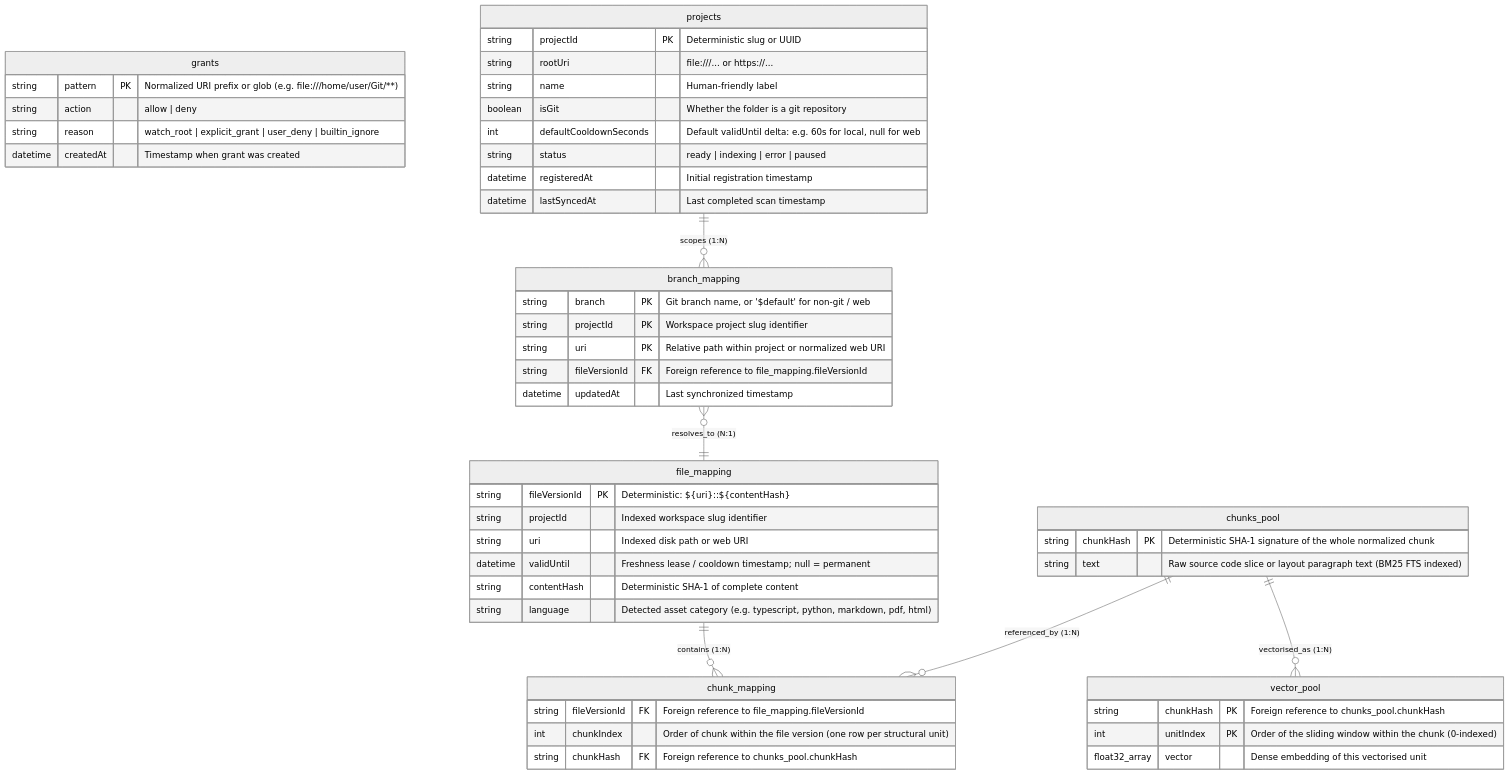
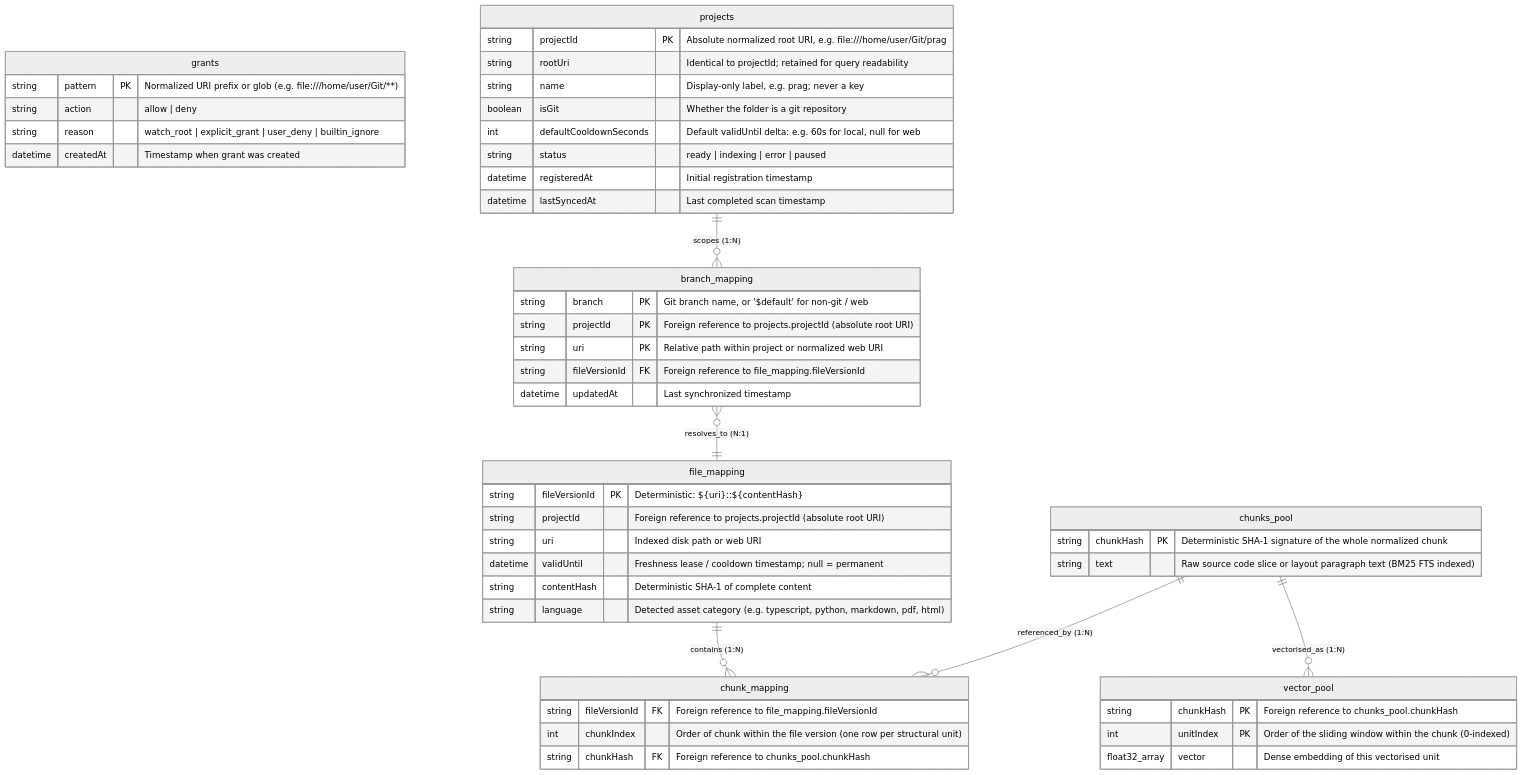
Before and after one commit to ai4ci/prag: the diagram in design/resources/storage-schema.mmd, drawn with Mermaid (neutral theme). The commit also changed 14 other files, not shown here.

```diff
--- a/design/resources/storage-schema.mmd
+++ b/design/resources/storage-schema.mmd
@@ -1,59 +1,59 @@
 erDiagram
     grants
     projects ||--o{ branch_mapping : "scopes (1:N)"
     branch_mapping }o--|| file_mapping : "resolves_to (N:1)"
     file_mapping ||--o{ chunk_mapping : "contains (1:N)"
     chunks_pool ||--o{ chunk_mapping : "referenced_by (1:N)"
     chunks_pool ||--o{ vector_pool : "vectorised_as (1:N)"
 
     grants {
         string pattern PK "Normalized URI prefix or glob (e.g. file:///home/user/Git/**)"
         string action "allow | deny"
         string reason "watch_root | explicit_grant | user_deny | builtin_ignore"
         datetime createdAt "Timestamp when grant was created"
     }
 
     projects {
-        string projectId PK "Deterministic slug or UUID"
-        string rootUri "file:///... or https://..."
-        string name "Human-friendly label"
+        string projectId PK "Absolute normalized root URI, e.g. file:///home/user/Git/prag"
+        string rootUri "Identical to projectId; retained for query readability"
+        string name "Display-only label, e.g. prag; never a key"
         boolean isGit "Whether the folder is a git repository"
         int defaultCooldownSeconds "Default validUntil delta: e.g. 60s for local, null for web"
         string status "ready | indexing | error | paused"
         datetime registeredAt "Initial registration timestamp"
         datetime lastSyncedAt "Last completed scan timestamp"
     }
 
     branch_mapping {
         string branch PK "Git branch name, or '$default' for non-git / web"
-        string projectId PK "Workspace project slug identifier"
+        string projectId PK "Foreign reference to projects.projectId (absolute root URI)"
         string uri PK "Relative path within project or normalized web URI"
         string fileVersionId FK "Foreign reference to file_mapping.fileVersionId"
         datetime updatedAt "Last synchronized timestamp"
     }
 
     file_mapping {
         string fileVersionId PK "Deterministic: ${uri}::${contentHash}"
-        string projectId "Indexed workspace slug identifier"
+        string projectId "Foreign reference to projects.projectId (absolute root URI)"
         string uri "Indexed disk path or web URI"
         datetime validUntil "Freshness lease / cooldown timestamp; null = permanent"
         string contentHash "Deterministic SHA-1 of complete content"
         string language "Detected asset category (e.g. typescript, python, markdown, pdf, html)"
     }
 
     chunk_mapping {
         string fileVersionId FK "Foreign reference to file_mapping.fileVersionId"
         int chunkIndex "Order of chunk within the file version (one row per structural unit)"
         string chunkHash FK "Foreign reference to chunks_pool.chunkHash"
     }
 
     chunks_pool {
         string chunkHash PK "Deterministic SHA-1 signature of the whole normalized chunk"
         string text "Raw source code slice or layout paragraph text (BM25 FTS indexed)"
     }
 
     vector_pool {
         string chunkHash PK "Foreign reference to chunks_pool.chunkHash"
         int unitIndex PK "Order of the sliding window within the chunk (0-indexed)"
         float32_array vector "Dense embedding of this vectorised unit"
     }
```
